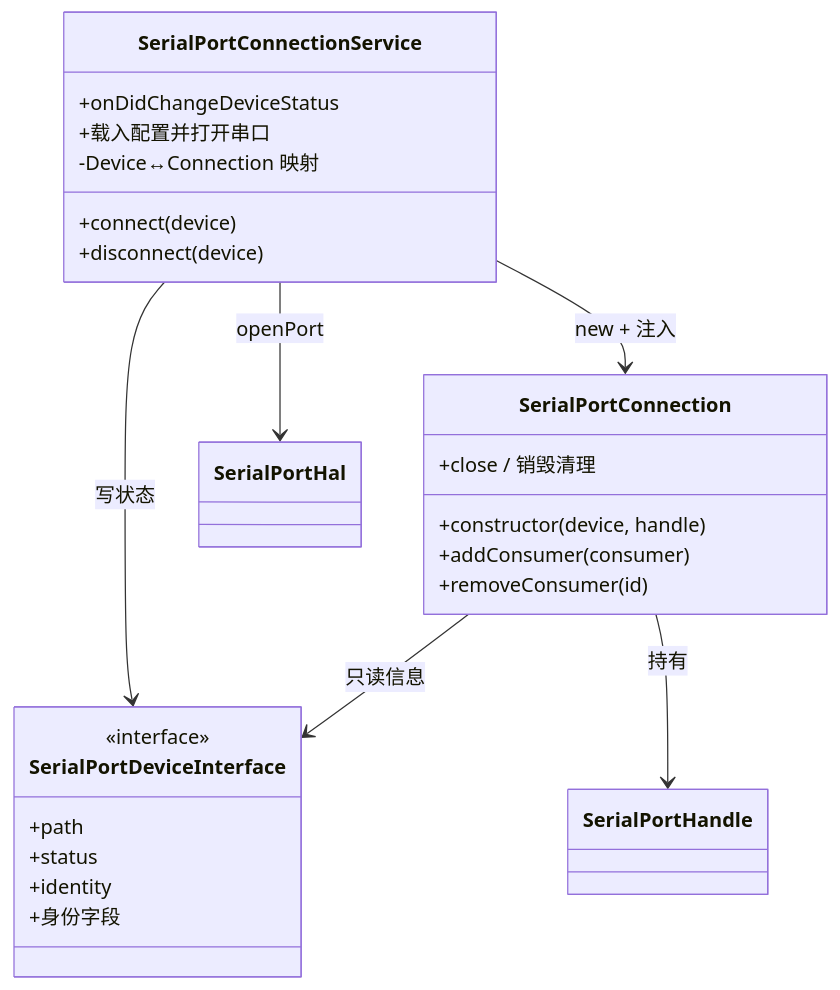
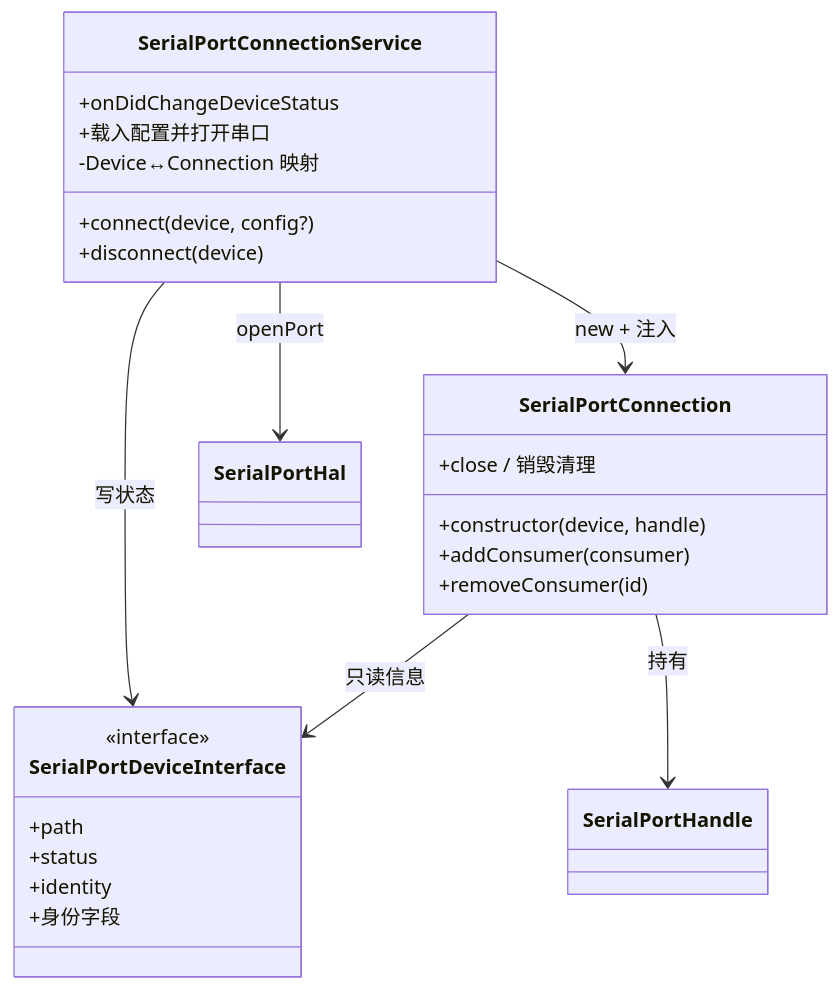
The third of 3 diagrams in doc/SerialPortConnection设计.md (ziqiang-zhu/vscode-serial-port-terminal), drawn with Mermaid before and after one commit. The commit also changed other lines of this file and 12 other files, not shown here.

````diff
--- a/doc/SerialPortConnection设计.md
+++ b/doc/SerialPortConnection设计.md
@@ -132,28 +121,28 @@
 ```mermaid
 classDiagram
     class SerialPortConnectionService {
-        +connect(device)
+        +connect(device, config?)
         +disconnect(device)
         +onDidChangeDeviceStatus
         +载入配置并打开串口
         -Device↔Connection 映射
     }
     class SerialPortConnection {
         +constructor(device, handle)
         +close / 销毁清理
         +addConsumer(consumer)
         +removeConsumer(id)
     }
     class SerialPortDeviceInterface {
         <<interface>>
         +path
         +status
         +identity
         +身份字段
     }
     SerialPortConnectionService --> SerialPortConnection : new + 注入
     SerialPortConnectionService --> SerialPortDeviceInterface : 写状态
     SerialPortConnection --> SerialPortDeviceInterface : 只读信息
     SerialPortConnectionService --> SerialPortHal : openPort
     SerialPortConnection --> SerialPortHandle : 持有
 ```
````
